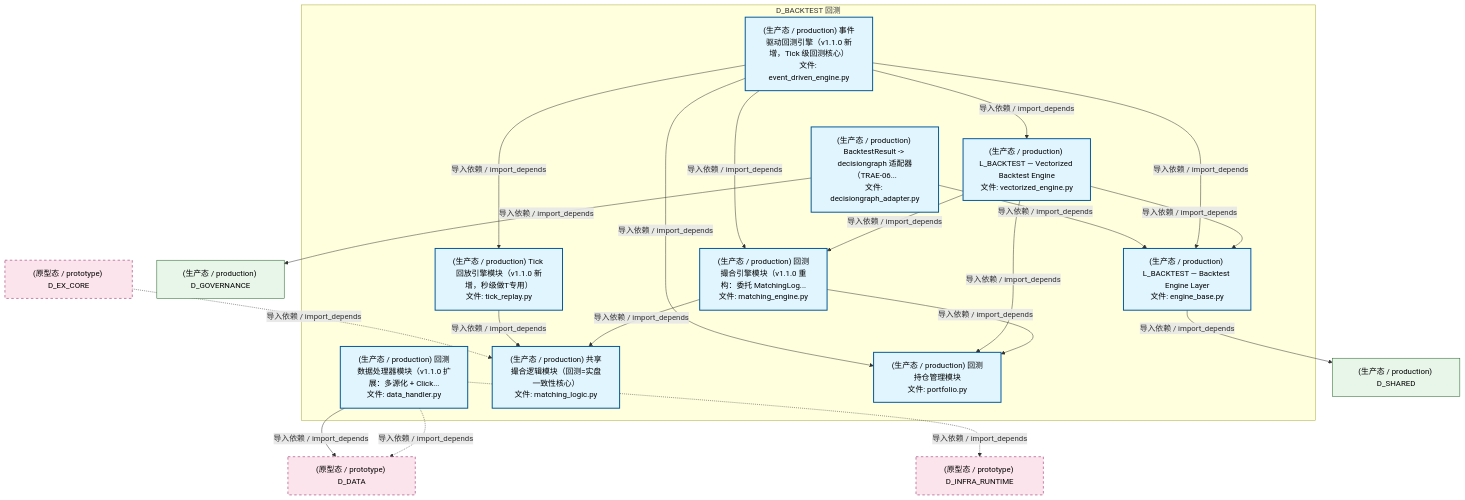
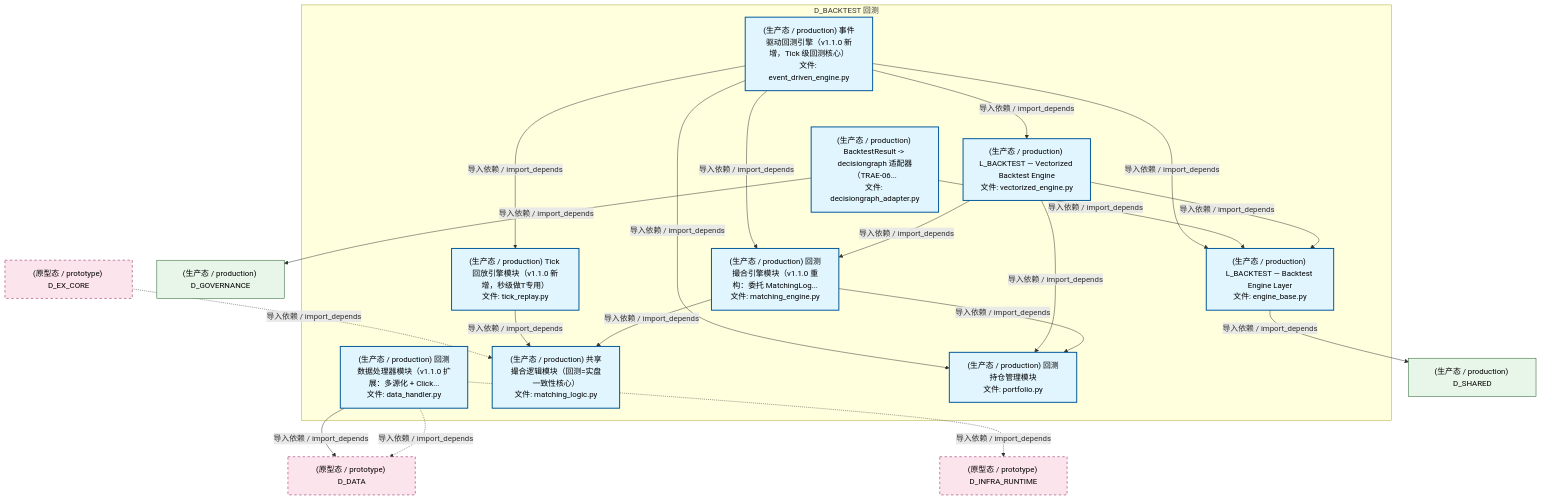
The second of 5 diagrams in docs/02_enterprise_architecture/02_domain_architecture_docs/30_d_backtest.md (xuanFelixVan/ZephyrAlpha), drawn with Mermaid before and after one commit. The commit also changed other lines of this file and 97 other files, not shown here.

````diff
--- a/docs/02_enterprise_architecture/02_domain_architecture_docs/30_d_backtest.md
+++ b/docs/02_enterprise_architecture/02_domain_architecture_docs/30_d_backtest.md
@@ -182,44 +182,44 @@
 ```mermaid
 graph TD
     subgraph D_BACKTEST["D_BACKTEST 回测"]
         src_zephyr_backtest_core_data_handler_py["(生产态 / production) 回测数据处理器模块（v1.1.0 扩展：多源化 + Click...<br/>文件: data_handler.py"]
         src_zephyr_backtest_core_engine_base_py["(生产态 / production) L_BACKTEST — Backtest Engine Layer<br/>文件: engine_base.py"]
         src_zephyr_backtest_core_matching_engine_py["(生产态 / production) 回测撮合引擎模块（v1.1.0 重构：委托 MatchingLog...<br/>文件: matching_engine.py"]
         src_zephyr_backtest_core_matching_logic_py["(生产态 / production) 共享撮合逻辑模块（回测=实盘一致性核心）<br/>文件: matching_logic.py"]
         src_zephyr_backtest_core_portfolio_py["(生产态 / production) 回测持仓管理模块<br/>文件: portfolio.py"]
         src_zephyr_backtest_core_tick_replay_py["(生产态 / production) Tick 回放引擎模块（v1.1.0 新增，秒级做T专用）<br/>文件: tick_replay.py"]
         src_zephyr_backtest_implementations_event_driven_engine_py["(生产态 / production) 事件驱动回测引擎（v1.1.0 新增，Tick 级回测核心）<br/>文件: event_driven_engine.py"]
         src_zephyr_backtest_implementations_vectorized_engine_py["(生产态 / production) L_BACKTEST — Vectorized Backtest Engine<br/>文件: vectorized_engine.py"]
         src_zephyr_backtest_io_decisiongraph_adapter_py["(生产态 / production) BacktestResult -> decisiongraph 适配器（TRAE-06...<br/>文件: decisiongraph_adapter.py"]
     end
     src_zephyr_backtest_core_matching_engine_py -->|导入依赖 / import_depends| src_zephyr_backtest_core_matching_logic_py
     src_zephyr_backtest_core_matching_engine_py -->|导入依赖 / import_depends| src_zephyr_backtest_core_portfolio_py
     src_zephyr_backtest_core_tick_replay_py -->|导入依赖 / import_depends| src_zephyr_backtest_core_matching_logic_py
+    src_zephyr_backtest_implementations_vectorized_engine_py -->|导入依赖 / import_depends| src_zephyr_backtest_core_matching_engine_py
     src_zephyr_backtest_implementations_vectorized_engine_py -->|导入依赖 / import_depends| src_zephyr_backtest_core_engine_base_py
-    src_zephyr_backtest_implementations_vectorized_engine_py -->|导入依赖 / import_depends| src_zephyr_backtest_core_matching_engine_py
     src_zephyr_backtest_implementations_vectorized_engine_py -->|导入依赖 / import_depends| src_zephyr_backtest_core_portfolio_py
+    src_zephyr_backtest_io_decisiongraph_adapter_py -->|导入依赖 / import_depends| src_zephyr_backtest_core_engine_base_py
+    src_zephyr_backtest_implementations_event_driven_engine_py -->|导入依赖 / import_depends| src_zephyr_backtest_core_matching_engine_py
     src_zephyr_backtest_implementations_event_driven_engine_py -->|导入依赖 / import_depends| src_zephyr_backtest_core_engine_base_py
-    src_zephyr_backtest_implementations_event_driven_engine_py -->|导入依赖 / import_depends| src_zephyr_backtest_core_matching_engine_py
+    src_zephyr_backtest_implementations_event_driven_engine_py -->|导入依赖 / import_depends| src_zephyr_backtest_core_portfolio_py
     src_zephyr_backtest_implementations_event_driven_engine_py -->|导入依赖 / import_depends| src_zephyr_backtest_core_tick_replay_py
-    src_zephyr_backtest_implementations_event_driven_engine_py -->|导入依赖 / import_depends| src_zephyr_backtest_core_portfolio_py
     src_zephyr_backtest_implementations_event_driven_engine_py -->|导入依赖 / import_depends| src_zephyr_backtest_implementations_vectorized_engine_py
-    src_zephyr_backtest_io_decisiongraph_adapter_py -->|导入依赖 / import_depends| src_zephyr_backtest_core_engine_base_py
     D_SHARED["(生产态 / production) D_SHARED"]
     src_zephyr_backtest_core_engine_base_py -->|导入依赖 / import_depends| D_SHARED
     D_DATA["(原型态 / prototype) D_DATA"]
     src_zephyr_backtest_core_data_handler_py -.->|导入依赖 / import_depends| D_DATA
     src_zephyr_backtest_core_data_handler_py -->|导入依赖 / import_depends| D_DATA
     D_INFRA_RUNTIME["(原型态 / prototype) D_INFRA_RUNTIME"]
     src_zephyr_backtest_core_data_handler_py -.->|导入依赖 / import_depends| D_INFRA_RUNTIME
     D_GOVERNANCE["(生产态 / production) D_GOVERNANCE"]
     src_zephyr_backtest_io_decisiongraph_adapter_py -->|导入依赖 / import_depends| D_GOVERNANCE
     D_EX_CORE["(原型态 / prototype) D_EX_CORE"]
     D_EX_CORE -.->|导入依赖 / import_depends| src_zephyr_backtest_core_matching_logic_py
     classDef production fill:#e1f5fe,stroke:#01579b,stroke-width:2px,color:#000
     classDef design fill:#fff3e0,stroke:#e65100,stroke-width:2px,color:#000,stroke-dasharray: 5 5
     classDef external_prod fill:#e8f5e9,stroke:#1b5e20,stroke-width:1px,color:#000
     classDef external_design fill:#fce4ec,stroke:#880e4f,stroke-width:1px,color:#000,stroke-dasharray: 5 5
     class src_zephyr_backtest_core_data_handler_py,src_zephyr_backtest_core_engine_base_py,src_zephyr_backtest_core_matching_engine_py,src_zephyr_backtest_core_matching_logic_py,src_zephyr_backtest_core_portfolio_py,src_zephyr_backtest_core_tick_replay_py,src_zephyr_backtest_implementations_event_driven_engine_py,src_zephyr_backtest_implementations_vectorized_engine_py,src_zephyr_backtest_io_decisiongraph_adapter_py production
     class D_SHARED,D_GOVERNANCE external_prod
     class D_DATA,D_INFRA_RUNTIME,D_EX_CORE external_design
 ```
````
